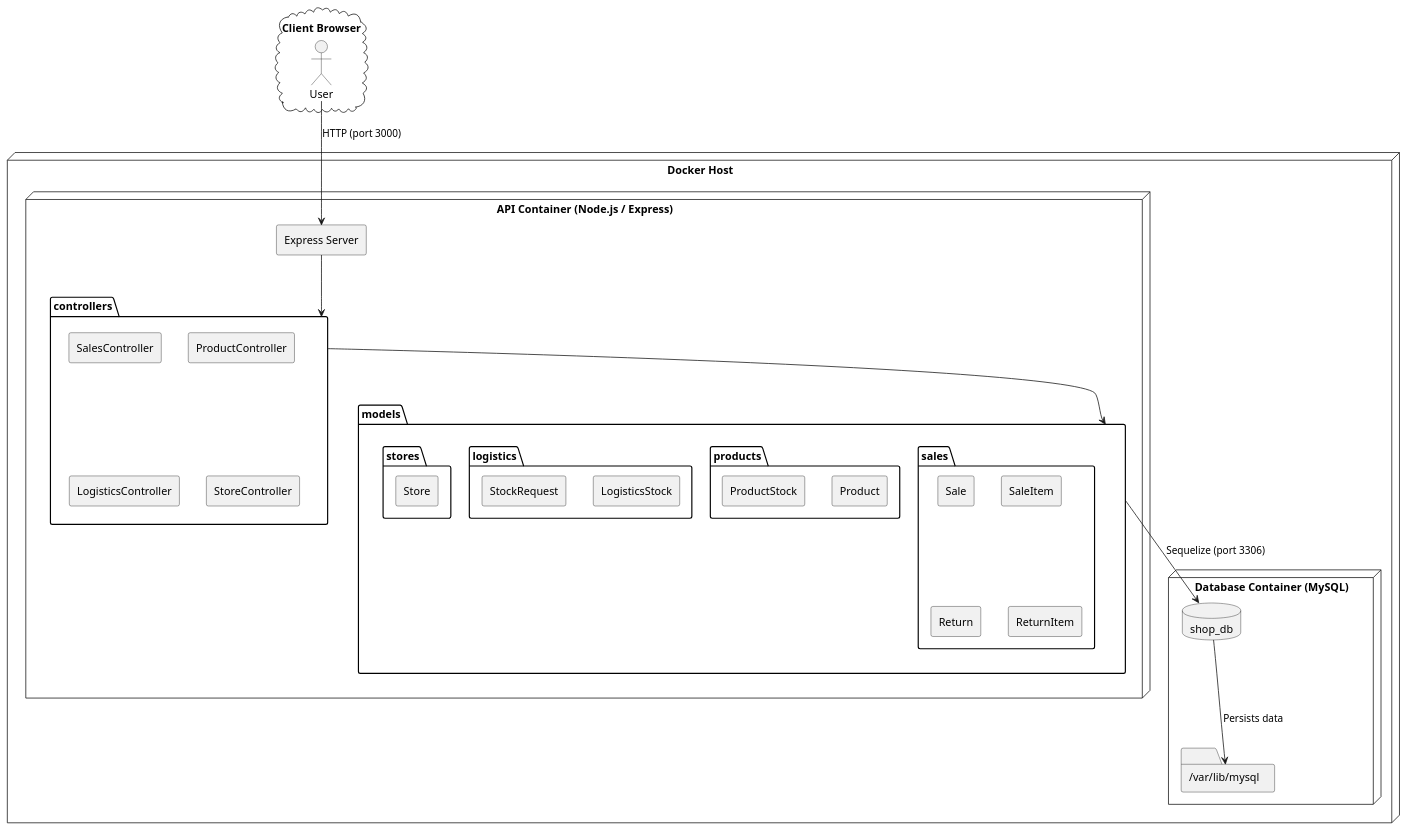
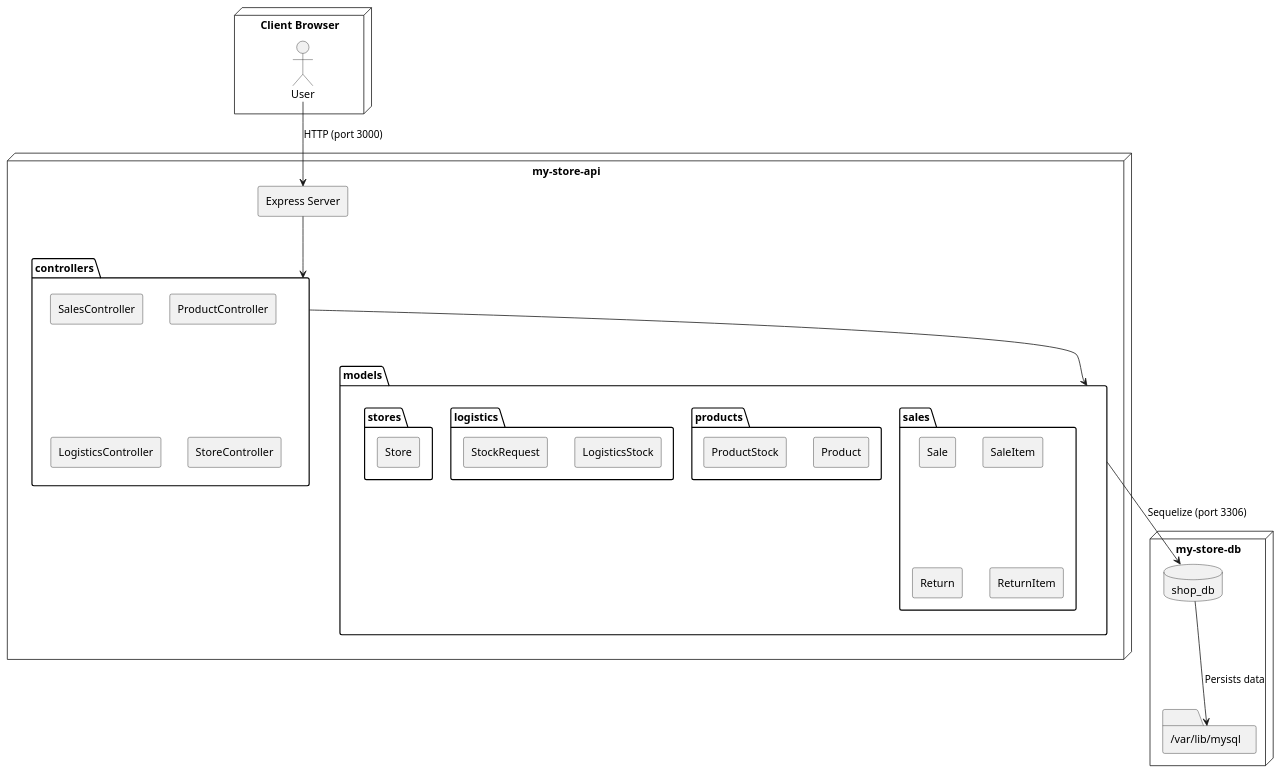
One commit to sirineao/LAB02_LOG430_AOUDJ changed the diagram in docs/deployment.puml. Above: the diagram before and after it, drawn with PlantUML. The commit also changed 3 other files, not shown here.

Commit message:
fix diagrams and update readme

```diff
--- a/docs/deployment.puml
+++ b/docs/deployment.puml
@@ -1,55 +1,55 @@
 @startuml
 skinparam componentStyle rectangle
 skinparam nodeStyle rectangle
 
-cloud "Client Browser" {
+node "Client Browser" {
   actor "User"
 }
 
-node "Docker Host" {
-  node "API Container (Node.js / Express)" {
+
+  node "my-store-api" {
     [Express Server] --> controllers
     controllers --> models
 
     package "controllers" {
       [SalesController]
       [ProductController]
       [LogisticsController]
       [StoreController]
     }
 
     package "models" {
       package "sales" {
         [Sale]
         [SaleItem]
         [Return]
         [ReturnItem]
       }
 
       package "products" {
         [Product]
         [ProductStock]
       }
 
       package "logistics" {
         [LogisticsStock]
         [StockRequest]
       }
 
       package "stores" {
         [Store]
       }
     }
   }
 
-  node "Database Container (MySQL)" {
+  node "my-store-db" {
     database "shop_db" as DB
     folder "/var/lib/mysql" as Volume
   }
 
   DB -down-> Volume : Persists data
-}
+
 
 "User" --> [Express Server] : HTTP (port 3000)
 models --> DB : Sequelize (port 3306)
 @enduml
```
